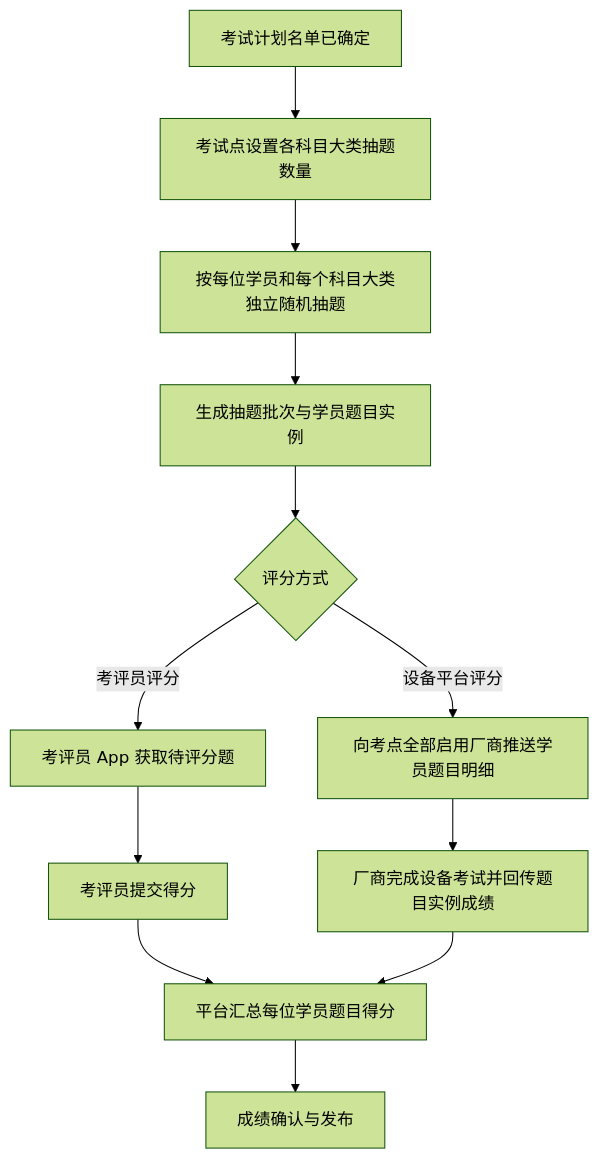
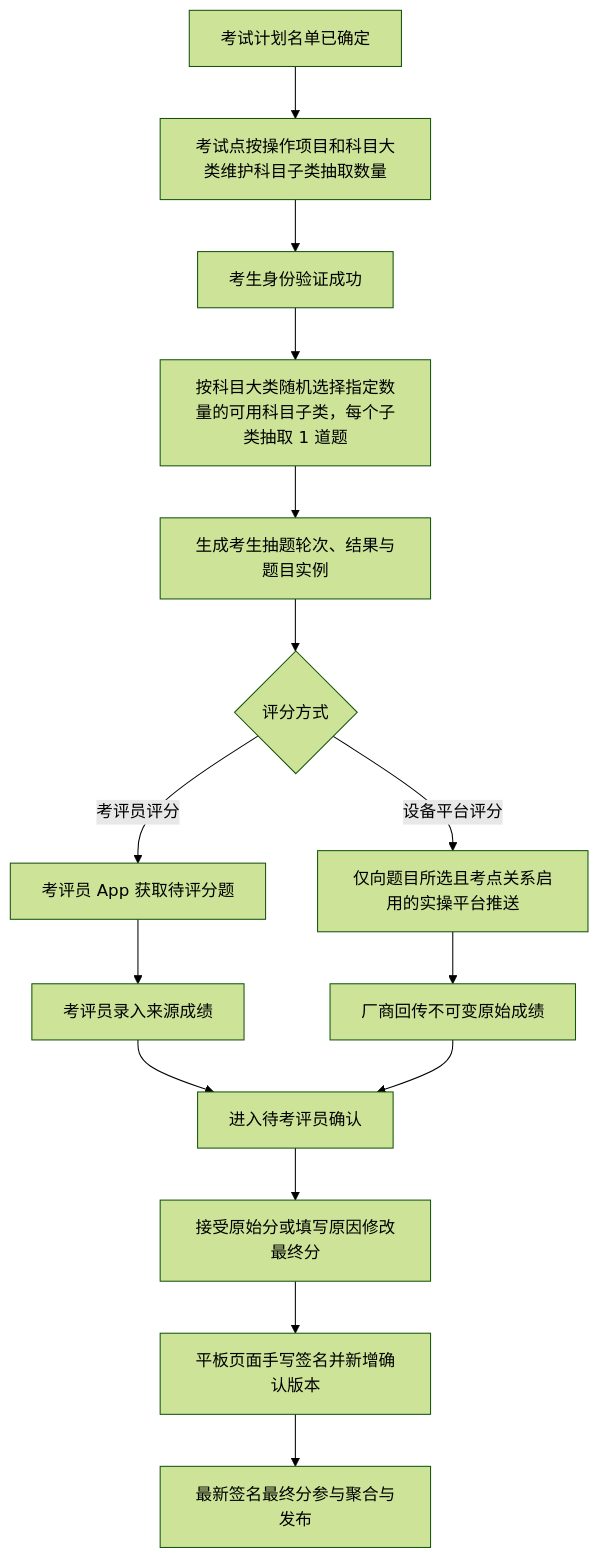
Before and after one commit to Sakura-1997/th-work: the diagram in 考试项目/需求设计/实操考试相关/实操考试抽题与设备成绩接入V2需求设计.md, drawn with Mermaid (forest theme). The commit also changed other lines of this file and 112 other files, not shown here.

````diff
--- a/考试项目/需求设计/实操考试相关/实操考试抽题与设备成绩接入V2需求设计.md
+++ b/考试项目/需求设计/实操考试相关/实操考试抽题与设备成绩接入V2需求设计.md
@@ -110,14 +134,17 @@
 ```mermaid
 flowchart TD
-  A["考试计划名单已确定"] --> B["考试点设置各科目大类抽题数量"]
-  B --> C["按每位学员和每个科目大类独立随机抽题"]
-  C --> D["生成抽题批次与学员题目实例"]
-  D --> E{"评分方式"}
-  E -->|"考评员评分"| F["考评员 App 获取待评分题"]
-  E -->|"设备平台评分"| G["向考点全部启用厂商推送学员题目明细"]
-  F --> H["考评员提交得分"]
-  G --> I["厂商完成设备考试并回传题目实例成绩"]
-  H --> J["平台汇总每位学员题目得分"]
-  I --> J
-  J --> K["成绩确认与发布"]
+  A["考试计划名单已确定"] --> B["考试点按操作项目和科目大类维护科目子类抽取数量"]
+  B --> C["考生身份验证成功"]
+  C --> D["按科目大类随机选择指定数量的可用科目子类，每个子类抽取 1 道题"]
+  D --> E["生成考生抽题轮次、结果与题目实例"]
+  E --> F{"评分方式"}
+  F -->|"考评员评分"| G["考评员 App 获取待评分题"]
+  F -->|"设备平台评分"| H["仅向题目所选且考点关系启用的实操平台推送"]
+  G --> I["考评员录入来源成绩"]
+  H --> J["厂商回传不可变原始成绩"]
+  I --> K["进入待考评员确认"]
+  J --> K
+  K --> L["接受原始分或填写原因修改最终分"]
+  L --> M["平板页面手写签名并新增确认版本"]
+  M --> N["最新签名最终分参与聚合与发布"]
 ```
````
